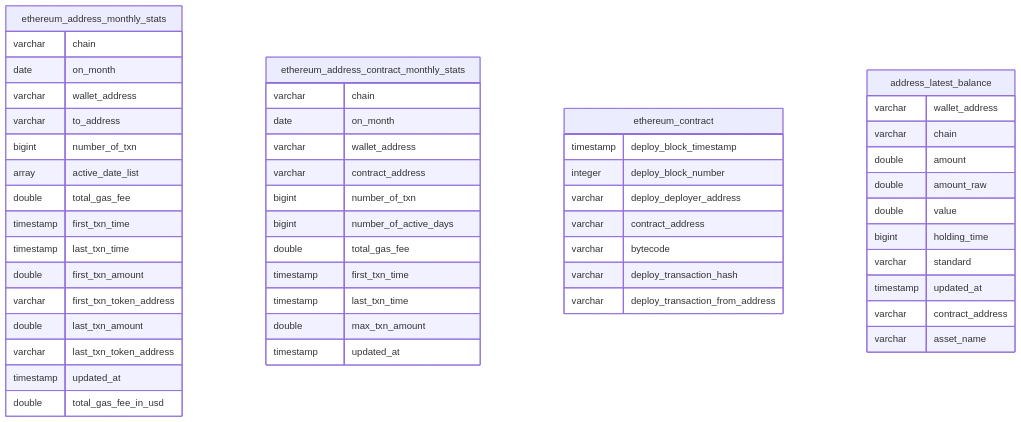
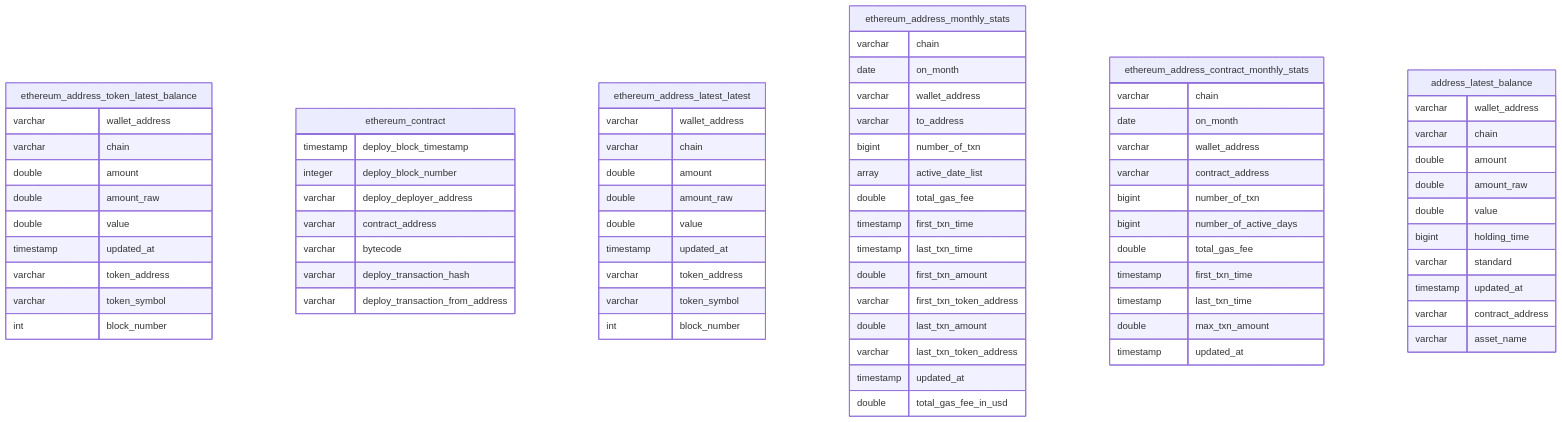
Before and after one commit to footprintanalytics/awesome-web3: the diagram in analysis_techniques/address_analysis.md, drawn with Mermaid. The commit also changed other lines of this file, not shown here.

````diff
--- a/analysis_techniques/address_analysis.md
+++ b/analysis_techniques/address_analysis.md
@@ -10,57 +10,85 @@
 ```mermaid
 erDiagram
-    ethereum_address_monthly_stats {
+
+     ethereum_address_token_latest_balance {
+      varchar wallet_address
+      varchar chain
+      double amount
+      double amount_raw
+      double value
+      timestamp updated_at
+      varchar token_address
+      varchar token_symbol
+      int block_number
+    }
+
+
+     ethereum_contract {
+      timestamp deploy_block_timestamp
+      integer deploy_block_number
+      varchar deploy_deployer_address
+      varchar contract_address
+      varchar bytecode
+      varchar deploy_transaction_hash
+      varchar deploy_transaction_from_address
+    }
+     ethereum_address_latest_latest{
+      varchar wallet_address
+      varchar chain
+      double amount
+      double amount_raw
+      double value
+      timestamp updated_at
+      varchar token_address
+      varchar token_symbol
+      int block_number
+    }
+
+   ethereum_address_monthly_stats {
       varchar chain
       date on_month
       varchar wallet_address
       varchar to_address
       bigint number_of_txn
       array active_date_list
       double total_gas_fee
       timestamp first_txn_time
       timestamp last_txn_time
       double first_txn_amount
       varchar first_txn_token_address
       double last_txn_amount
       varchar last_txn_token_address
       timestamp updated_at
       double total_gas_fee_in_usd
     }
       ethereum_address_contract_monthly_stats {
       varchar chain
       date on_month
       varchar wallet_address
       varchar contract_address
       bigint number_of_txn
       bigint number_of_active_days
       double total_gas_fee
       timestamp first_txn_time
       timestamp last_txn_time
       double max_txn_amount
       timestamp updated_at
     }
     
-     ethereum_contract {
-      timestamp deploy_block_timestamp
-      integer deploy_block_number
-      varchar deploy_deployer_address
-      varchar contract_address
-      varchar bytecode
-      varchar deploy_transaction_hash
-      varchar deploy_transaction_from_address
-    }
 
      address_latest_balance {
       varchar wallet_address
       varchar chain
       double amount
       double amount_raw
       double value
       bigint holding_time
       varchar standard
       timestamp updated_at
       varchar contract_address
       varchar asset_name
     }
-    
+
+
+
 ```
````
